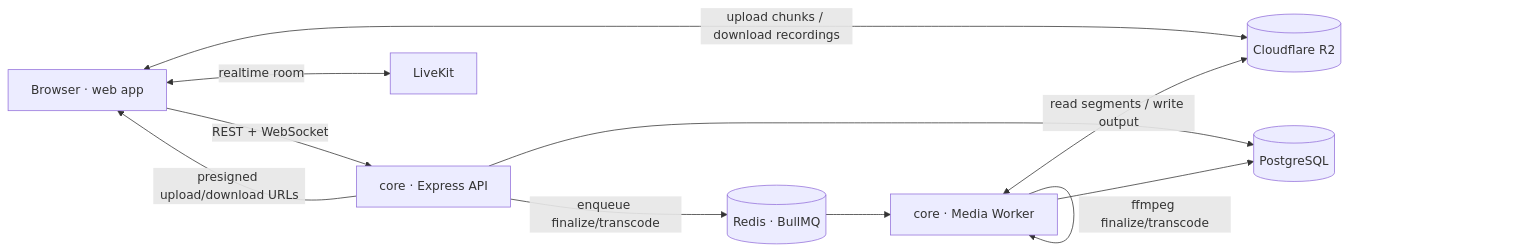
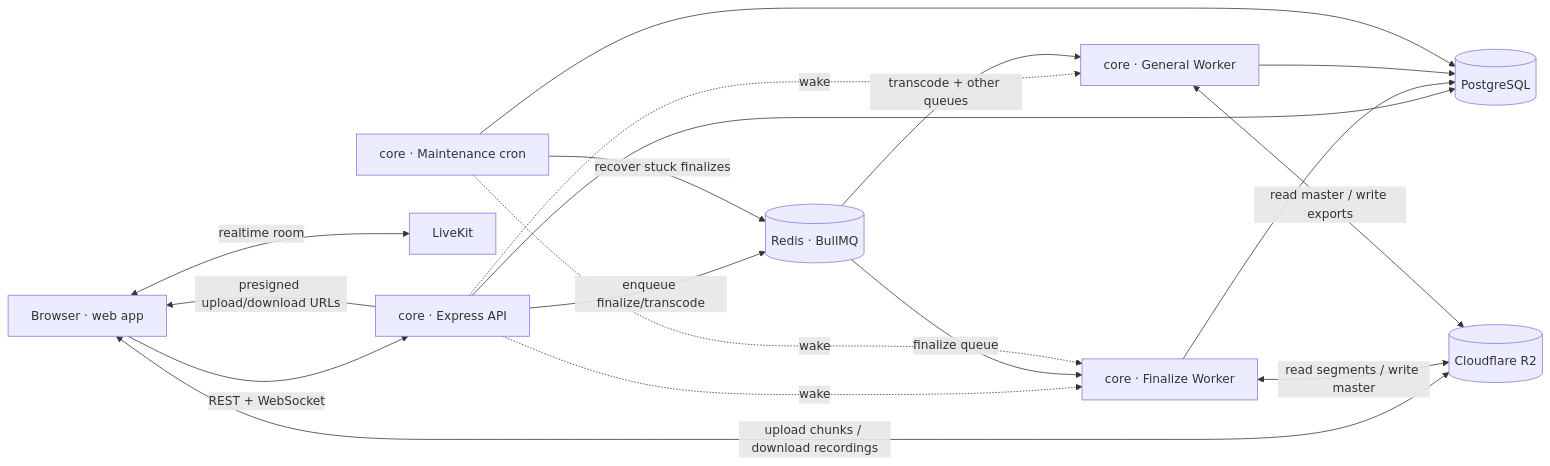
One commit to AnonMohak/openside changed the diagram in README.md. Above: the diagram before and after it, drawn with Mermaid. The commit also changed other lines of this file, not shown here.

Commit message:
Update the README for the current features and architecture

````diff
--- a/README.md
+++ b/README.md
@@ -39,13 +44,20 @@
 ```mermaid
 flowchart LR
     W[Browser · web app] -->|REST + WebSocket| API[core · Express API]
     W <-->|realtime room| LK[LiveKit]
     W <-->|upload chunks / download recordings| R2[(Cloudflare R2)]
     API -->|presigned upload/download URLs| W
     API --> DB[(PostgreSQL)]
     API -->|enqueue finalize/transcode| R[(Redis · BullMQ)]
-    R --> WK[core · Media Worker]
-    WK -->|ffmpeg finalize/transcode| WK
-    WK <-->|read segments / write output| R2
-    WK --> DB
+    API -.->|wake| FW
+    API -.->|wake| GW
+    R -->|finalize queue| FW[core · Finalize Worker]
+    R -->|transcode + other queues| GW[core · General Worker]
+    FW <-->|read segments / write master| R2
+    GW <-->|read master / write exports| R2
+    FW --> DB
+    GW --> DB
+    M[core · Maintenance cron] --> DB
+    M -->|recover stuck finalizes| R
+    M -.->|wake| FW
 ```
````
